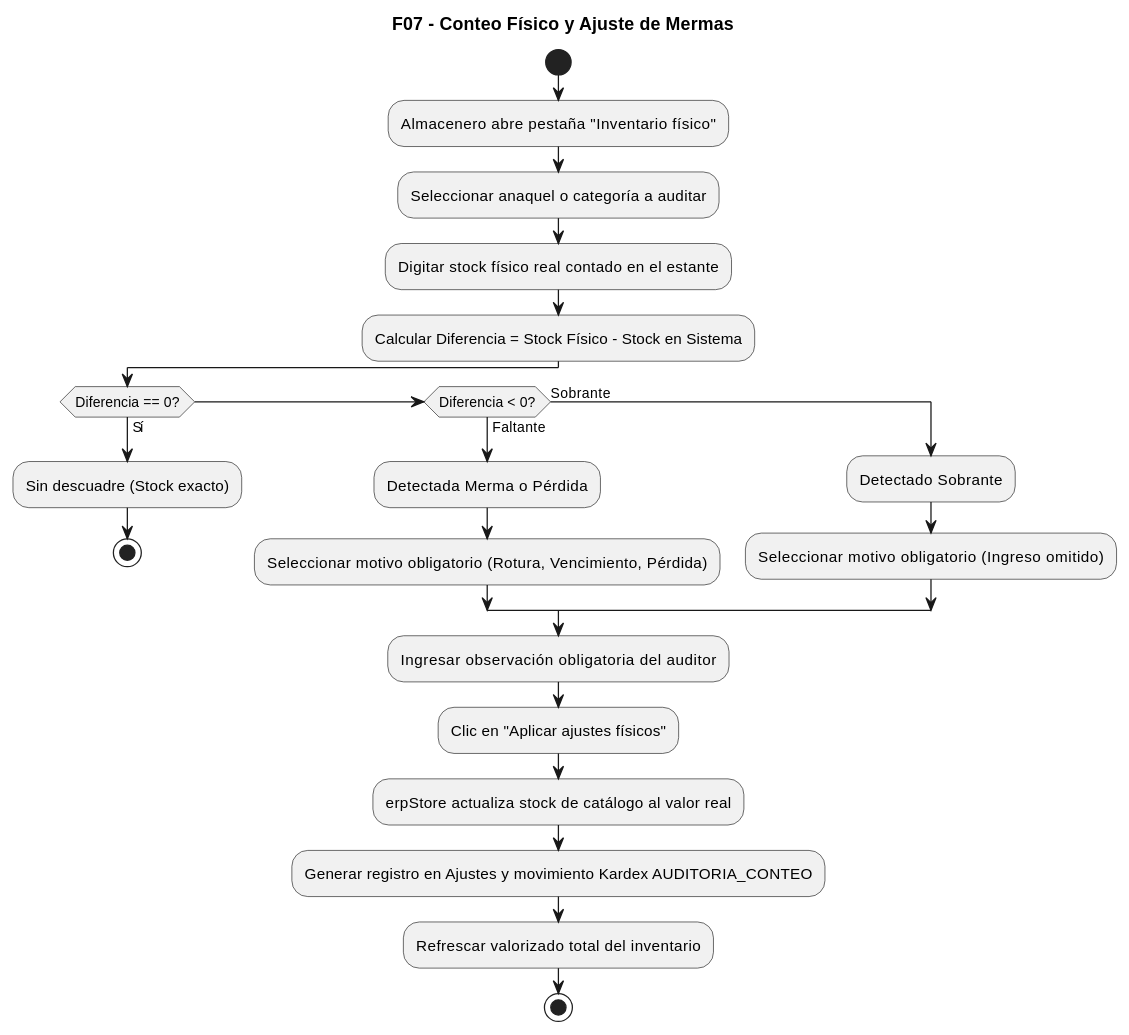
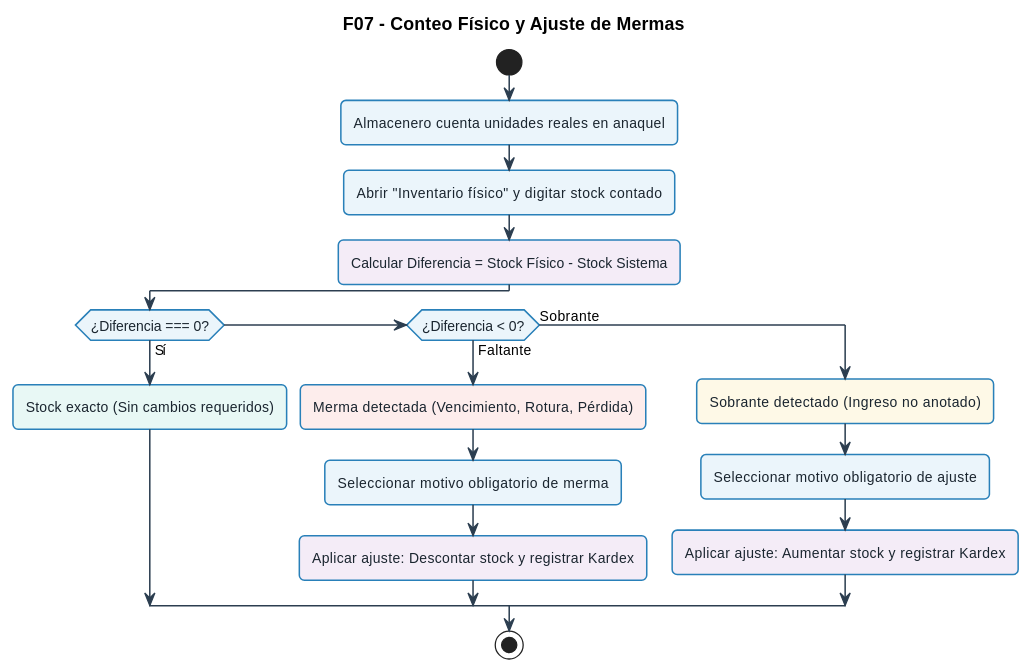
Before and after one commit to xmenil/ERP-KIPUS: the seventh of 11 diagrams in docs/UML-flujos/flujos-consolidados-kipu.md, drawn with PlantUML. The commit also changed other lines of this file and 23 other files, not shown here.

Commit message:
docs(uml): simplificar flujos con estilo Bizagi BPMN coloreado y regenerar imagenes PNG

````diff
--- a/docs/UML-flujos/flujos-consolidados-kipu.md
+++ b/docs/UML-flujos/flujos-consolidados-kipu.md
@@ -447,32 +430,49 @@
 ```plantuml
 @startuml
-skinparam monochrome true
+skinparam defaultFontName "Segoe UI", Arial, sans-serif
+skinparam defaultFontSize 11
+skinparam roundCorner 8
 skinparam shadowing false
+skinparam ArrowColor #2C3E50
+skinparam ArrowThickness 1.2
+
+skinparam activity {
+  BackgroundColor #EBF5FB
+  BorderColor #2980B9
+  BorderThickness 1.2
+  FontColor #1A252F
+}
+skinparam decision {
+  BackgroundColor #FEF9E7
+  BorderColor #F39C12
+  BorderThickness 1.2
+  FontColor #7D6608
+}
+skinparam start {
+  Color #27AE60
+}
+skinparam stop {
+  Color #C0392B
+}
 
 title F07 - Conteo Físico y Ajuste de Mermas
 
 start
-:Almacenero abre pestaña "Inventario físico";
-:Seleccionar anaquel o categoría a auditar;
-:Digitar stock físico real contado en el estante;
-:Calcular Diferencia = Stock Físico - Stock en Sistema;
+:Almacenero cuenta unidades reales en anaquel;
+:Abrir "Inventario físico" y digitar stock contado;
+#F4ECF7:Calcular Diferencia = Stock Físico - Stock Sistema;
 
-if (Diferencia == 0?) then (Sí)
-  :Sin descuadre (Stock exacto);
-  stop
-elseif (Diferencia < 0?) then (Faltante)
-  :Detectada Merma o Pérdida;
-  :Seleccionar motivo obligatorio (Rotura, Vencimiento, Pérdida);
+if (¿Diferencia === 0?) then (Sí)
+  #E8F8F5:Stock exacto (Sin cambios requeridos);
+elseif (¿Diferencia < 0?) then (Faltante)
+  #FDEDEC:Merma detectada (Vencimiento, Rotura, Pérdida);
+  :Seleccionar motivo obligatorio de merma;
+  #F4ECF7:Aplicar ajuste: Descontar stock y registrar Kardex;
 else (Sobrante)
-  :Detectado Sobrante;
-  :Seleccionar motivo obligatorio (Ingreso omitido);
+  #FEF9E7:Sobrante detectado (Ingreso no anotado);
+  :Seleccionar motivo obligatorio de ajuste;
+  #F4ECF7:Aplicar ajuste: Aumentar stock y registrar Kardex;
 endif
-
-:Ingresar observación obligatoria del auditor;
-:Clic en "Aplicar ajustes físicos";
-:erpStore actualiza stock de catálogo al valor real;
-:Generar registro en Ajustes y movimiento Kardex AUDITORIA_CONTEO;
-:Refrescar valorizado total del inventario;
 stop
 @enduml
 ```
````
